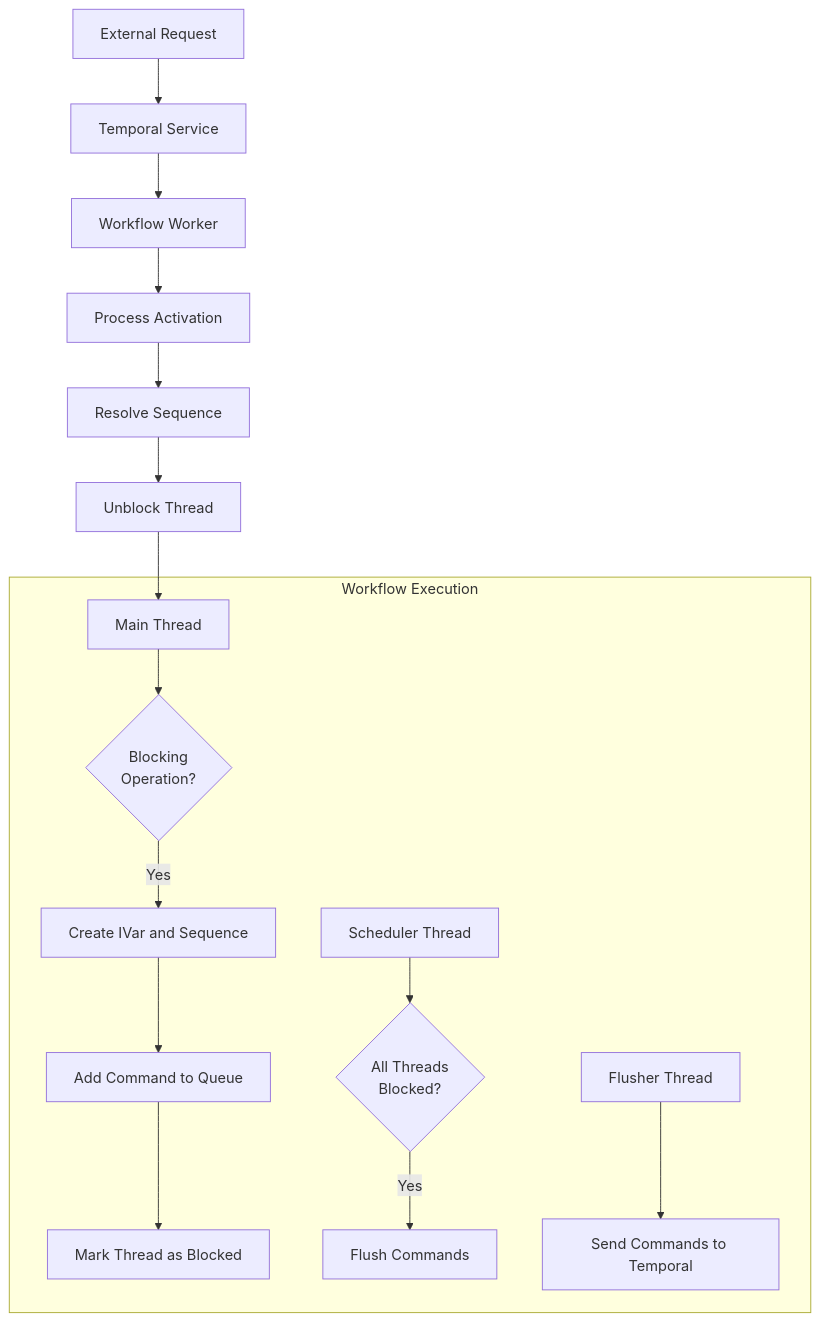
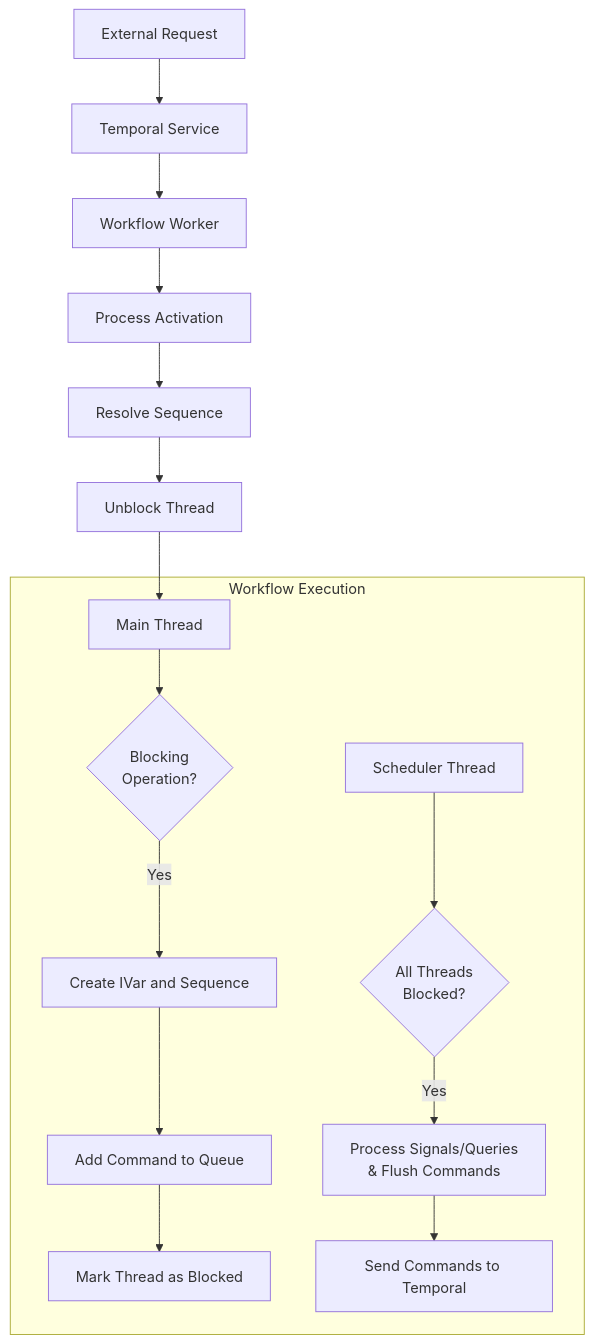
Before and after one commit to MercuryTechnologies/hs-temporal-sdk: the first of 4 diagrams in docs/README.md, drawn with Mermaid. The commit also changed other lines of this file and 12 other files, not shown here.

````diff
--- a/docs/README.md
+++ b/docs/README.md
@@ -39,22 +39,22 @@
 ```mermaid
 flowchart TD
     A[External Request] --> B[Temporal Service]
     B --> C[Workflow Worker]
 
     subgraph "Workflow Execution"
         D[Main Thread] --> E{Blocking<br>Operation?}
         E -->|Yes| F[Create IVar and Sequence]
         F --> G[Add Command to Queue]
         G --> H[Mark Thread as Blocked]
 
         I[Scheduler Thread] --> J{All Threads<br>Blocked?}
-        J -->|Yes| K[Flush Commands]
+        J -->|Yes| K[Process Signals/Queries<br>& Flush Commands]
 
-        L[Flusher Thread] --> M[Send Commands to Temporal]
+        K --> L[Send Commands to Temporal]
     end
 
     C --> N[Process Activation]
     N --> O[Resolve Sequence]
     O --> P[Unblock Thread]
     P --> D
 ```
````
